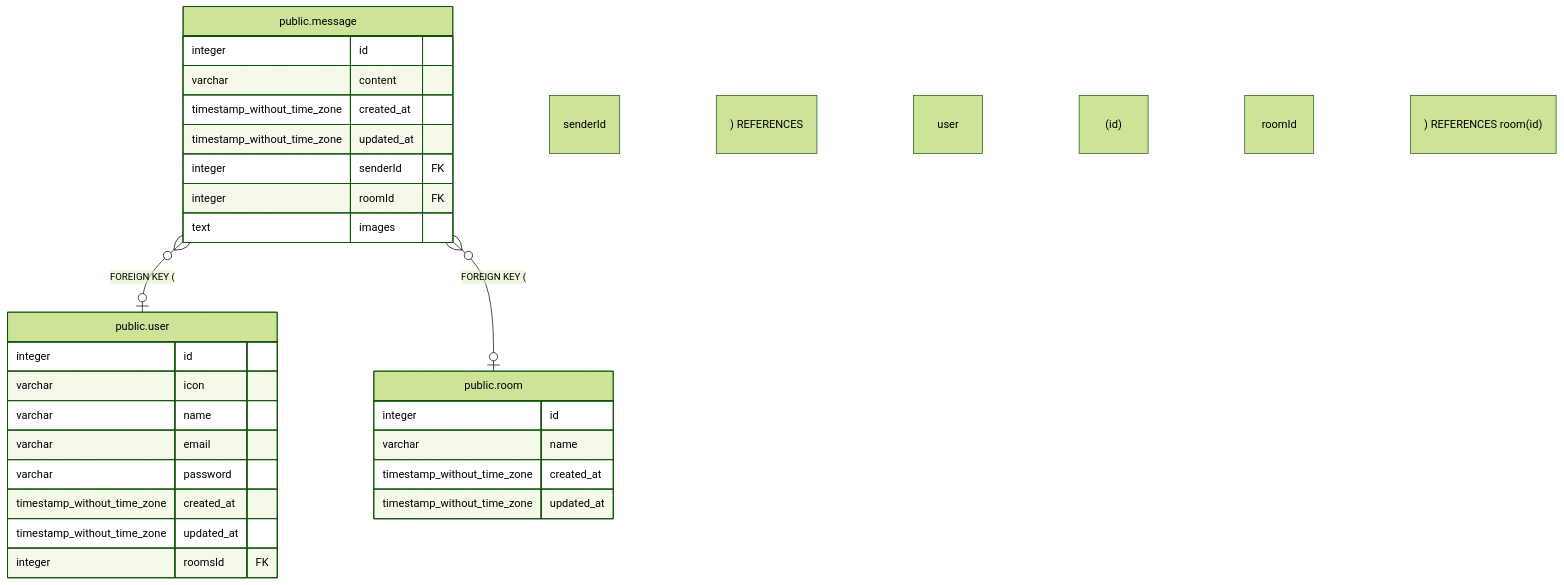
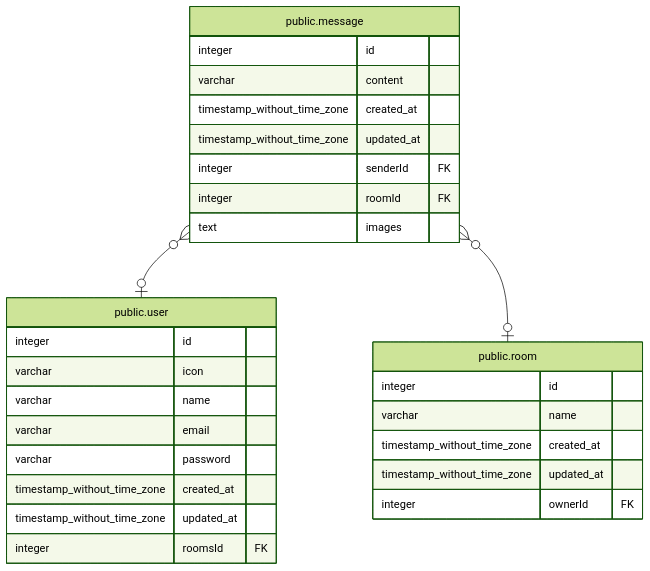
Before and after one commit to yumekiti-archive/chat: the diagram in docs/dbschema/public.message.md, drawn with Mermaid (forest theme). The commit also changed 13 other files, not shown here.

````diff
--- a/docs/dbschema/public.message.md
+++ b/docs/dbschema/public.message.md
@@ -33,32 +33,33 @@
 ```mermaid
 erDiagram
 
-"public.message" }o--o| "public.user" : "FOREIGN KEY ("senderId") REFERENCES "user"(id)"
-"public.message" }o--o| "public.room" : "FOREIGN KEY ("roomId") REFERENCES room(id)"
+"public.message" }o--o| "public.user" : ""
+"public.message" }o--o| "public.room" : ""
 
 "public.message" {
   integer id
   varchar content
   timestamp_without_time_zone created_at
   timestamp_without_time_zone updated_at
   integer senderId FK
   integer roomId FK
   text images
 }
 "public.user" {
   integer id
   varchar icon
   varchar name
   varchar email
   varchar password
   timestamp_without_time_zone created_at
   timestamp_without_time_zone updated_at
   integer roomsId FK
 }
 "public.room" {
   integer id
   varchar name
   timestamp_without_time_zone created_at
   timestamp_without_time_zone updated_at
+  integer ownerId FK
 }
 ```
````
